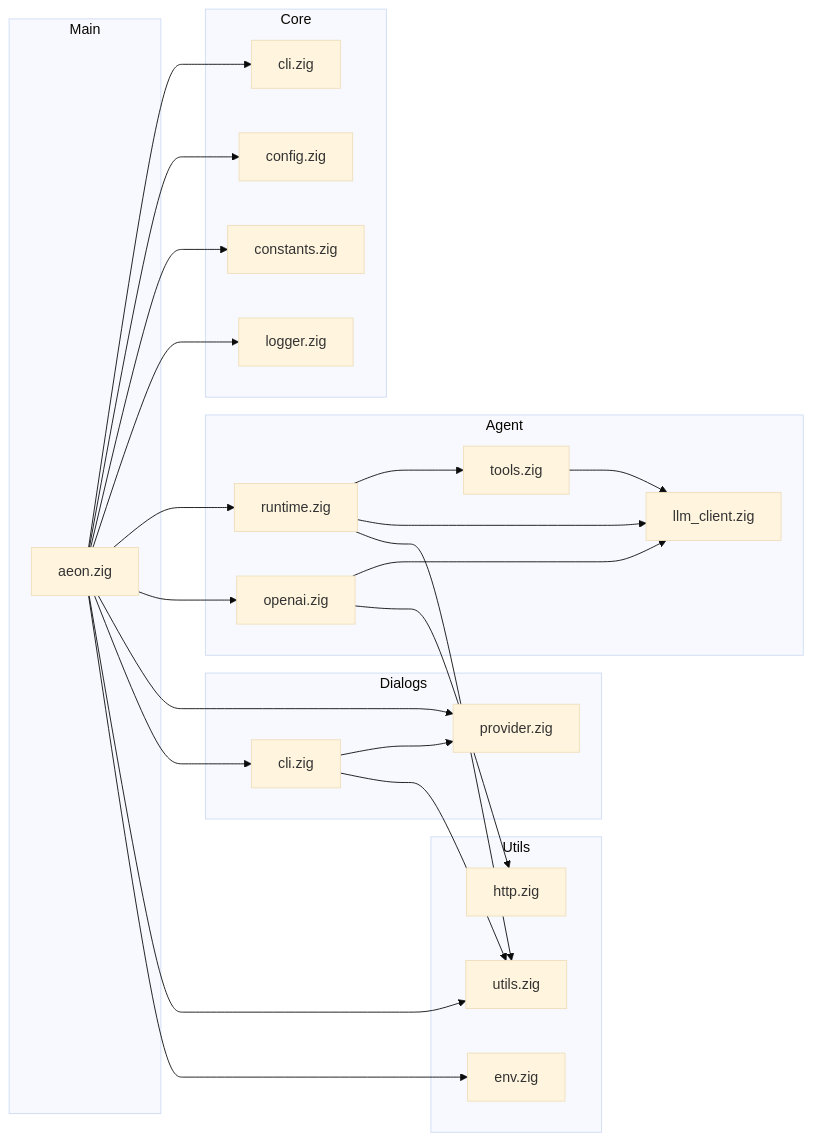
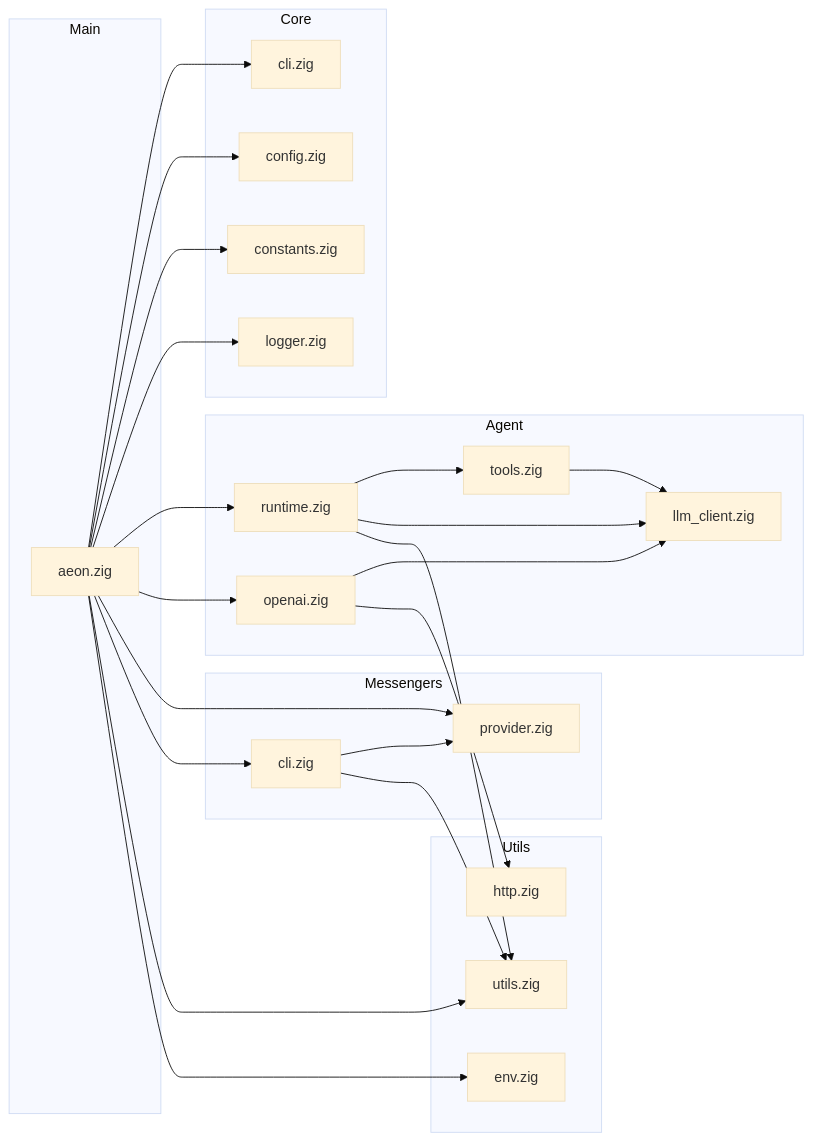
Before and after one commit to VM-development/aeon: the second of 7 diagrams in docs/ARCHITECTURE.md, drawn with Mermaid (base theme). The commit also changed other lines of this file and 11 other files, not shown here.

Commit message:
feat: Refactor dialog system to messenger system; enhance skills loading and configuration handling

````diff
--- a/docs/ARCHITECTURE.md
+++ b/docs/ARCHITECTURE.md
@@ -117,55 +117,55 @@
 ```mermaid
 graph LR
     subgraph "Main"
         A[aeon.zig]
     end
 
     subgraph "Core"
         C1[cli.zig]
         C2[config.zig]
         C3[constants.zig]
         C4[logger.zig]
     end
 
     subgraph "Agent"
         AG1[runtime.zig]
         AG2[tools.zig]
         AG3[llm_client.zig]
         AG4[openai.zig]
     end
 
-    subgraph "Dialogs"
+    subgraph "Messengers"
         D1[provider.zig]
         D2[cli.zig]
     end
 
     subgraph "Utils"
         U1[http.zig]
         U2[utils.zig]
         U3[env.zig]
     end
 
     %% Main imports
     A --> C1
     A --> C2
     A --> C3
     A --> C4
     A --> AG1
     A --> AG4
     A --> D1
     A --> D2
     A --> U2
     A --> U3
 
     %% Agent imports
     AG1 --> AG2
     AG1 --> AG3
     AG1 --> U2
     AG2 --> AG3
     AG4 --> AG3
     AG4 --> U1
 
-    %% Dialog imports
+    %% Messenger imports
     D2 --> D1
     D2 --> U2
 ```
````
